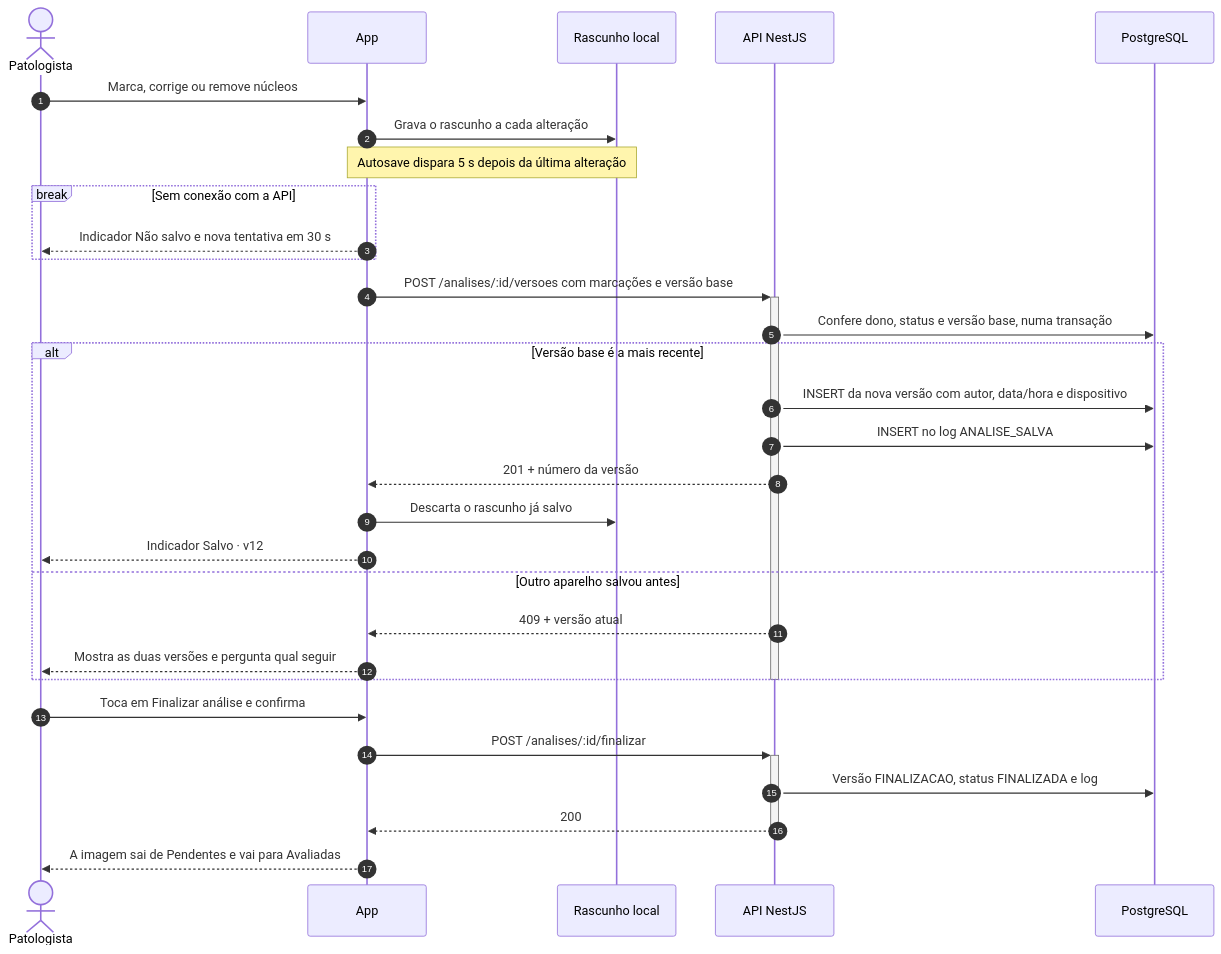
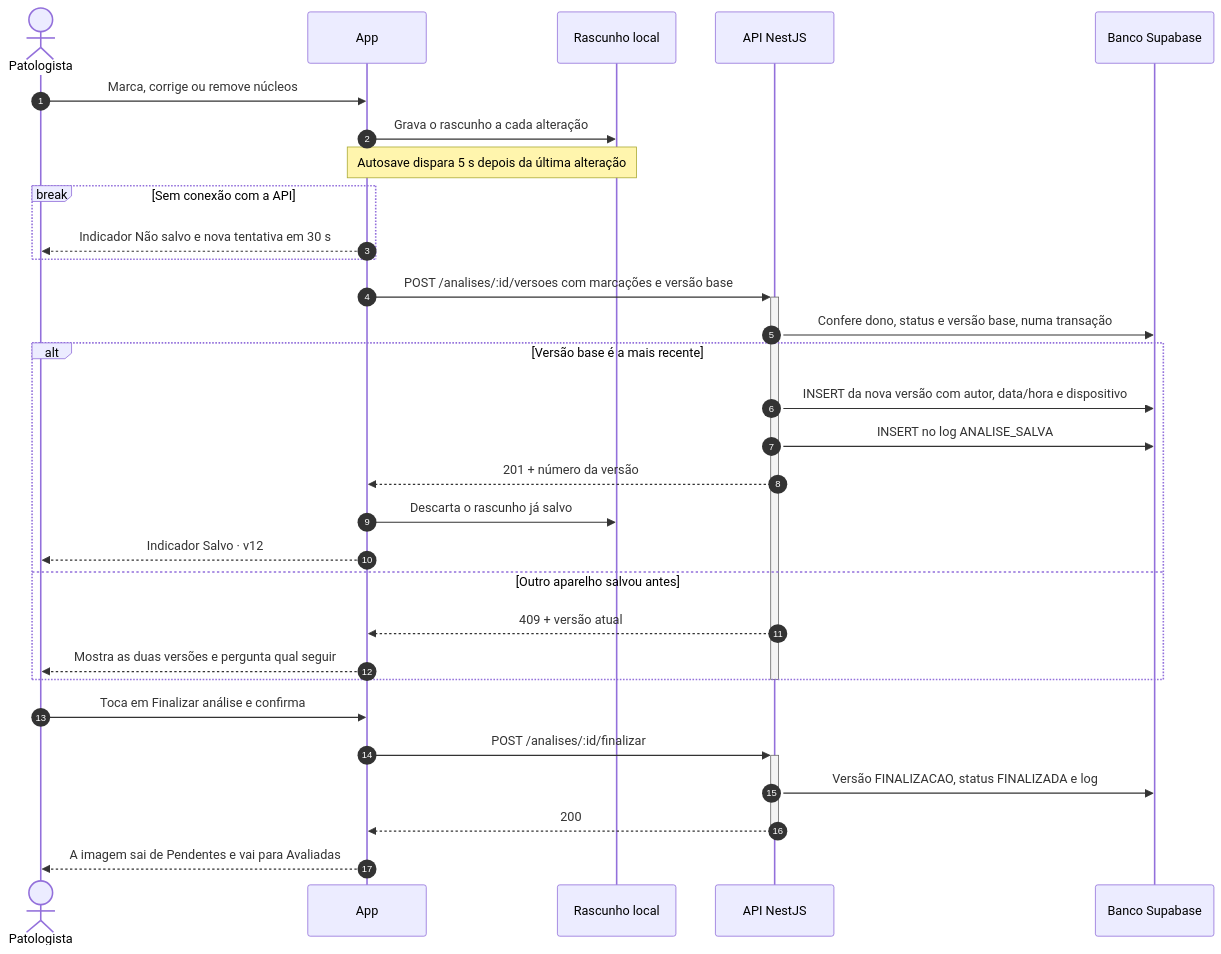
Before and after one commit to Matheus-Lordron/ki67: the seventh of 12 diagrams in docs/02-arquitetura.md, drawn with Mermaid. The commit also changed other lines of this file and 5 other files, not shown here.

First line of the commit message:
docs: adota Supabase como banco de dados

````diff
--- a/docs/02-arquitetura.md
+++ b/docs/02-arquitetura.md
@@ -281,36 +284,36 @@
 ```mermaid
 sequenceDiagram
     autonumber
     actor P as Patologista
     participant App
     participant Local as Rascunho local
     participant API as API NestJS
-    participant DB as PostgreSQL
+    participant DB as Banco Supabase
 
     P->>App: Marca, corrige ou remove núcleos
     App->>Local: Grava o rascunho a cada alteração
     Note over App,Local: Autosave dispara 5 s depois da última alteração
     break Sem conexão com a API
         App-->>P: Indicador Não salvo e nova tentativa em 30 s
     end
     App->>+API: POST /analises/:id/versoes com marcações e versão base
     API->>DB: Confere dono, status e versão base, numa transação
     alt Versão base é a mais recente
         API->>DB: INSERT da nova versão com autor, data/hora e dispositivo
         API->>DB: INSERT no log ANALISE_SALVA
         API-->>App: 201 + número da versão
         App->>Local: Descarta o rascunho já salvo
         App-->>P: Indicador Salvo · v12
     else Outro aparelho salvou antes
         API-->>App: 409 + versão atual
         App-->>P: Mostra as duas versões e pergunta qual seguir
     end
     deactivate API
 
     P->>App: Toca em Finalizar análise e confirma
     App->>+API: POST /analises/:id/finalizar
     API->>DB: Versão FINALIZACAO, status FINALIZADA e log
     API-->>App: 200
     deactivate API
     App-->>P: A imagem sai de Pendentes e vai para Avaliadas
 ```
````
